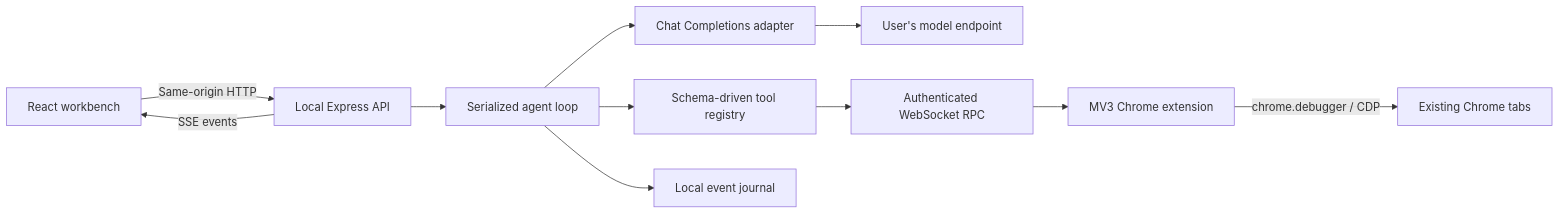
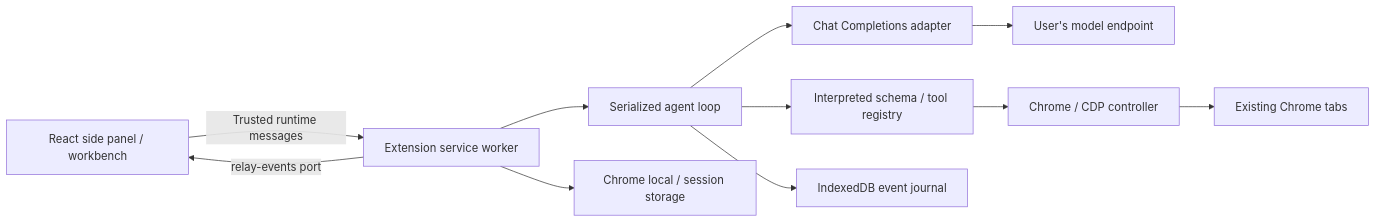
The diagram in docs/architecture.md (AbhiramJayasankar/rove), drawn with Mermaid before and after one commit. The commit also changed other lines of this file and 132 other files, not shown here.

First line of the commit message:
Rebuild Relay as a self-contained MV3 extension with voice input

````diff
--- a/docs/architecture.md
+++ b/docs/architecture.md
@@ -5,13 +5,13 @@
 ```mermaid
 flowchart LR
-  UI[React workbench] -->|Same-origin HTTP| API[Local Express API]
-  API --> Engine[Serialized agent loop]
+  UI[React side panel / workbench] -->|Trusted runtime messages| Runtime[Extension service worker]
+  Runtime --> Engine[Serialized agent loop]
   Engine --> Model[Chat Completions adapter]
   Model --> Endpoint[User's model endpoint]
-  Engine --> Tools[Schema-driven tool registry]
-  Tools --> Bridge[Authenticated WebSocket RPC]
-  Bridge --> Extension[MV3 Chrome extension]
-  Extension -->|chrome.debugger / CDP| Tabs[Existing Chrome tabs]
-  Engine --> Store[Local event journal]
-  API -->|SSE events| UI
+  Engine --> Tools[Interpreted schema / tool registry]
+  Tools --> Browser[Chrome / CDP controller]
+  Browser --> Tabs[Existing Chrome tabs]
+  Engine --> Journal[IndexedDB event journal]
+  Runtime -->|relay-events port| UI
+  Runtime --> Storage[Chrome local / session storage]
 ```
````
